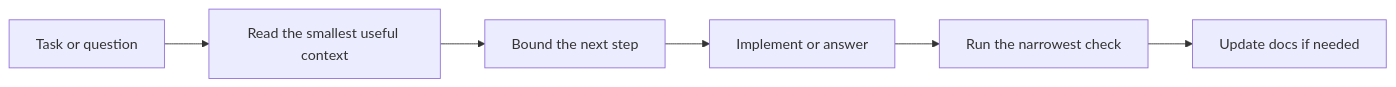
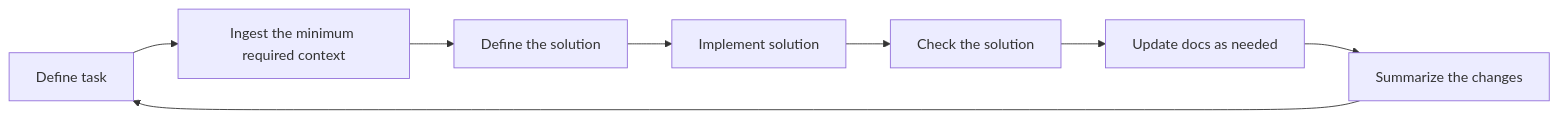
Before and after one commit to X0RSH1FT/Warchive: the diagram in docs/knowledge/dev/agent/agentic-coding.md, drawn with Mermaid. The commit also changed other lines of this file and 53 other files, not shown here.

````diff
--- a/docs/knowledge/dev/agent/agentic-coding.md
+++ b/docs/knowledge/dev/agent/agentic-coding.md
@@ -11,8 +8,10 @@
 ```mermaid
 flowchart LR
-    Task[Task or question] --> Context[Read the smallest useful context]
-    Context --> Plan[Bound the next step]
-    Plan --> Act[Implement or answer]
-    Act --> Validate[Run the narrowest check]
-    Validate --> Record[Update docs if needed]
+    Task[Define task] --> Context[Ingest the minimum required context]
+    Context --> Plan[Define the solution]
+    Plan --> Act[Implement solution]
+    Act --> Validate[Check the solution]
+    Validate --> Record[Update docs as needed]
+    Record --> Summarize[Summarize the changes]
+    Summarize --> Task
 ```
````
